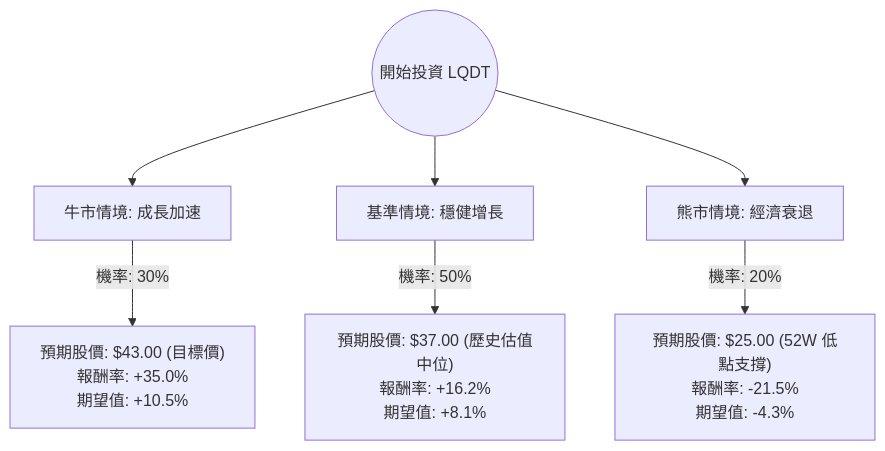
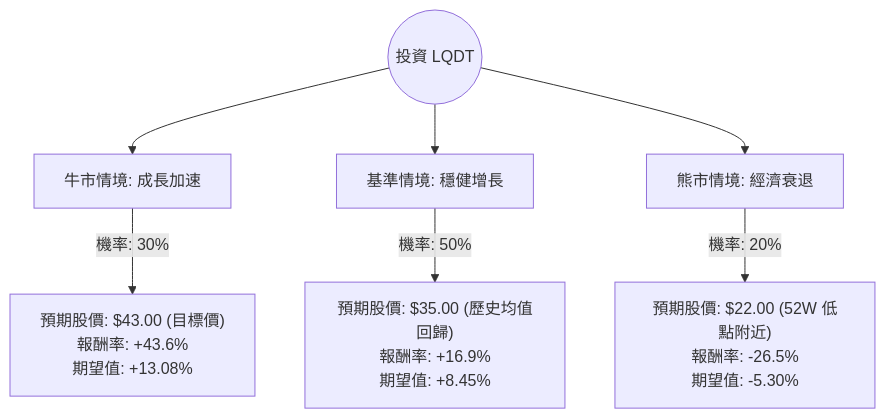
Before and after one commit to zmcx16/zmcx16.github.io: the diagram in plugin-react/ai-analysis/ev-analysis/LQDT.md, drawn with Mermaid. The commit also changed other lines of this file and 80 other files, not shown here.

````diff
--- a/plugin-react/ai-analysis/ev-analysis/LQDT.md
+++ b/plugin-react/ai-analysis/ev-analysis/LQDT.md
@@ -19,10 +19,10 @@
 ```mermaid
 graph TD
-    Start((開始投資 LQDT)) --> Bull[牛市情境: 成長加速]
+    Start((投資 LQDT)) --> Bull[牛市情境: 成長加速]
     Start --> Base[基準情境: 穩健增長]
     Start --> Bear[熊市情境: 經濟衰退]
 
-    Bull -- "機率: 30%" --> BullVal["預期股價: $43.00 (目標價)<br/>報酬率: +35.0%<br/>期望值: +10.5%"]
-    Base -- "機率: 50%" --> BaseVal["預期股價: $37.00 (歷史估值中位)<br/>報酬率: +16.2%<br/>期望值: +8.1%"]
-    Bear -- "機率: 20%" --> BearVal["預期股價: $25.00 (52W 低點支撐)<br/>報酬率: -21.5%<br/>期望值: -4.3%"]
+    Bull -- "機率: 30%" --> BullVal["預期股價: $43.00 (目標價)<br/>報酬率: +43.6%<br/>期望值: +13.08%"]
+    Base -- "機率: 50%" --> BaseVal["預期股價: $35.00 (歷史均值回歸)<br/>報酬率: +16.9%<br/>期望值: +8.45%"]
+    Bear -- "機率: 20%" --> BearVal["預期股價: $22.00 (52W 低點附近)<br/>報酬率: -26.5%<br/>期望值: -5.30%"]
 ```
````
